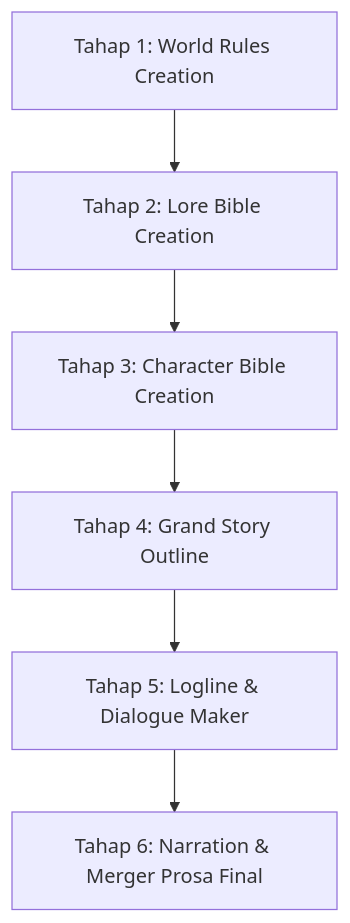
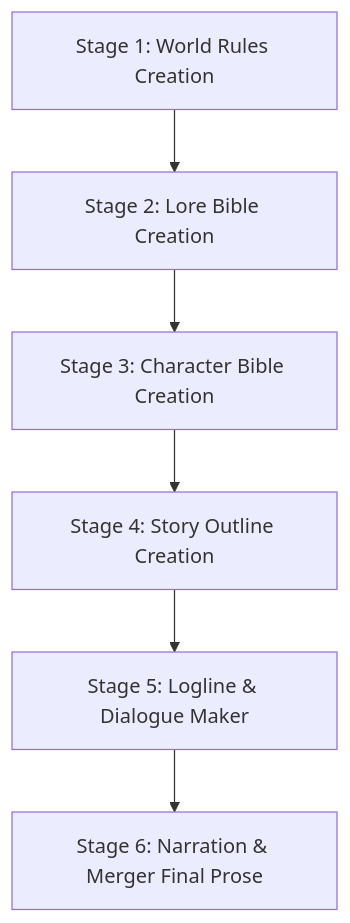
One commit to dwianggororeal/detailed-novel-agent-skill changed the diagram in .agents/skills/duidwidev-novel/SKILL.md. Above: the diagram before and after it, drawn with Mermaid. The commit also changed other lines of this file and 57 other files, not shown here.

````diff
--- a/.agents/skills/duidwidev-novel/SKILL.md
+++ b/.agents/skills/duidwidev-novel/SKILL.md
@@ -20,8 +20,8 @@
 ```mermaid
 graph TD
-    A[Tahap 1: World Rules Creation] --> B[Tahap 2: Lore Bible Creation]
-    B --> C[Tahap 3: Character Bible Creation]
-    C --> D[Tahap 4: Grand Story Outline]
-    D --> E[Tahap 5: Logline & Dialogue Maker]
-    E --> F[Tahap 6: Narration & Merger Prosa Final]
+    A[Stage 1: World Rules Creation] --> B[Stage 2: Lore Bible Creation]
+    B --> C[Stage 3: Character Bible Creation]
+    C --> D[Stage 4: Story Outline Creation]
+    D --> E[Stage 5: Logline & Dialogue Maker]
+    E --> F[Stage 6: Narration & Merger Final Prose]
 ```
````
